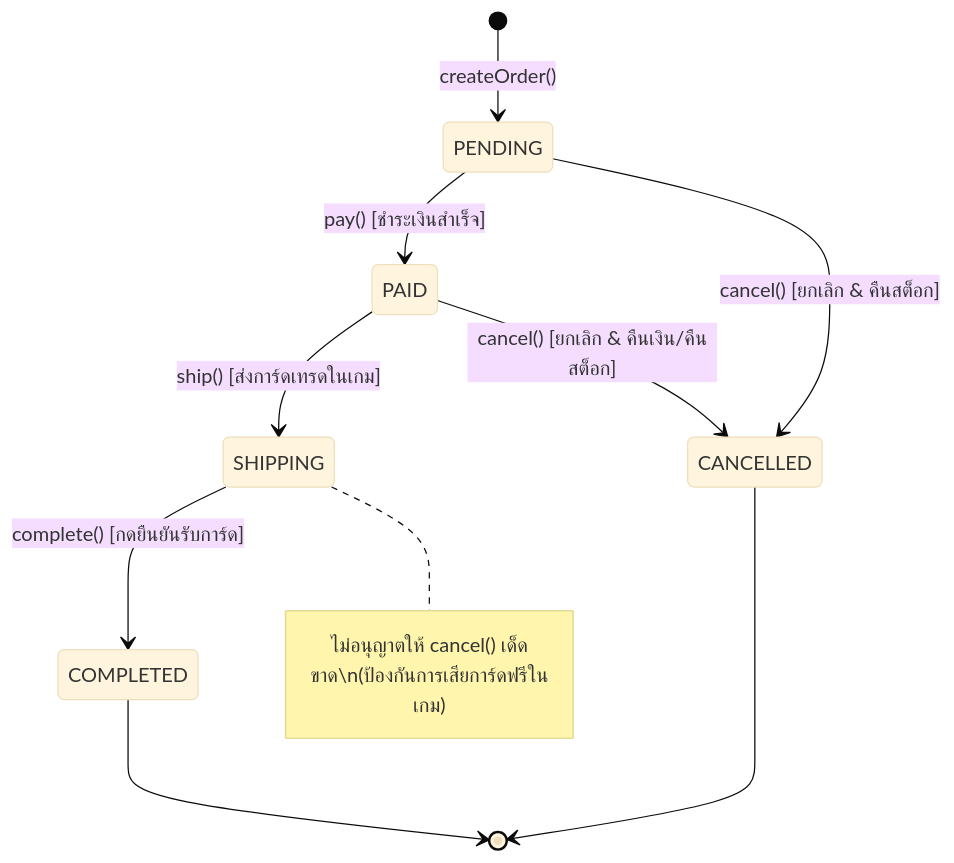
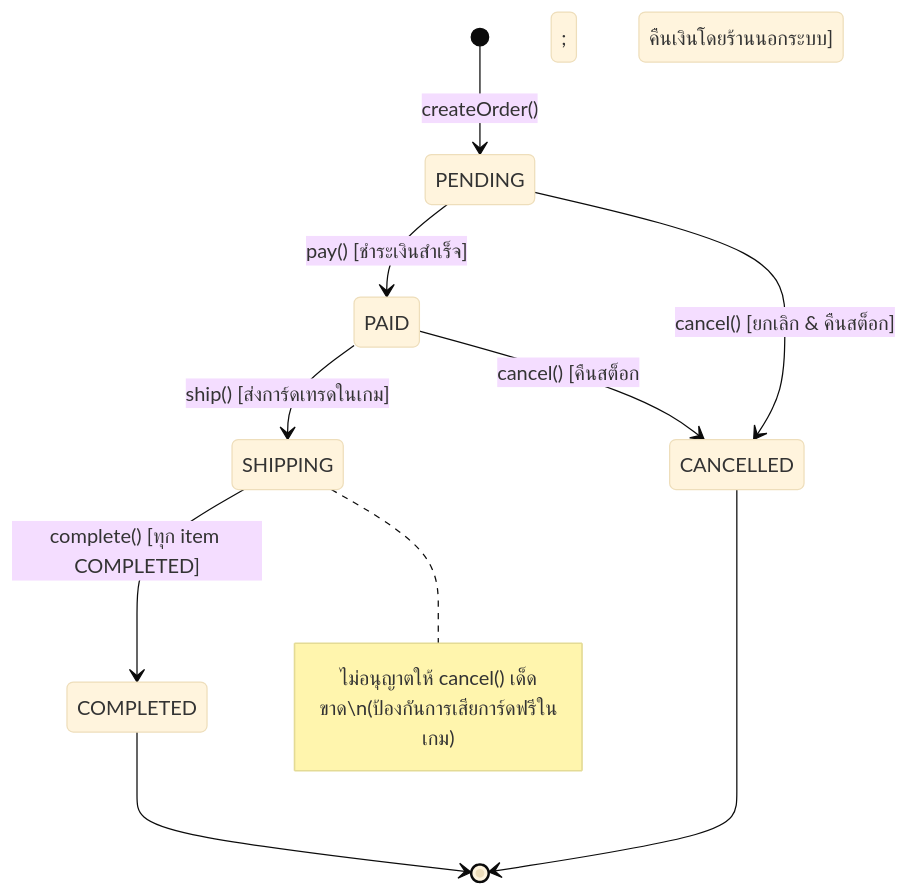
The third of 5 diagrams in doc/design-patterns.md (Bigzzz0/Pok-Vault_Commerce), drawn with Mermaid (base theme) before and after one commit. The commit also changed other lines of this file and 246 other files, not shown here.

````diff
--- a/doc/design-patterns.md
+++ b/doc/design-patterns.md
@@ -94,16 +94,16 @@
 ```mermaid
 stateDiagram-v2
     [*] --> PENDING : createOrder()
     
     PENDING --> PAID : pay() [ชำระเงินสำเร็จ]
     PENDING --> CANCELLED : cancel() [ยกเลิก & คืนสต็อก]
     
     PAID --> SHIPPING : ship() [ส่งการ์ดเทรดในเกม]
-    PAID --> CANCELLED : cancel() [ยกเลิก & คืนเงิน/คืนสต็อก]
+    PAID --> CANCELLED : cancel() [คืนสต็อก; คืนเงินโดยร้านนอกระบบ]
     
-    SHIPPING --> COMPLETED : complete() [กดยืนยันรับการ์ด]
+    SHIPPING --> COMPLETED : complete() [ทุก item COMPLETED]
     note right of SHIPPING : ไม่อนุญาตให้ cancel() เด็ดขาด\n(ป้องกันการเสียการ์ดฟรีในเกม)
     
     COMPLETED --> [*]
     CANCELLED --> [*]
 ```
````
